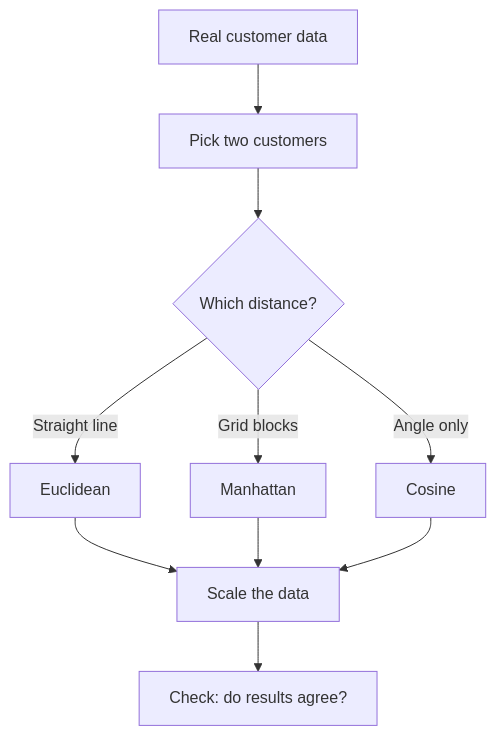
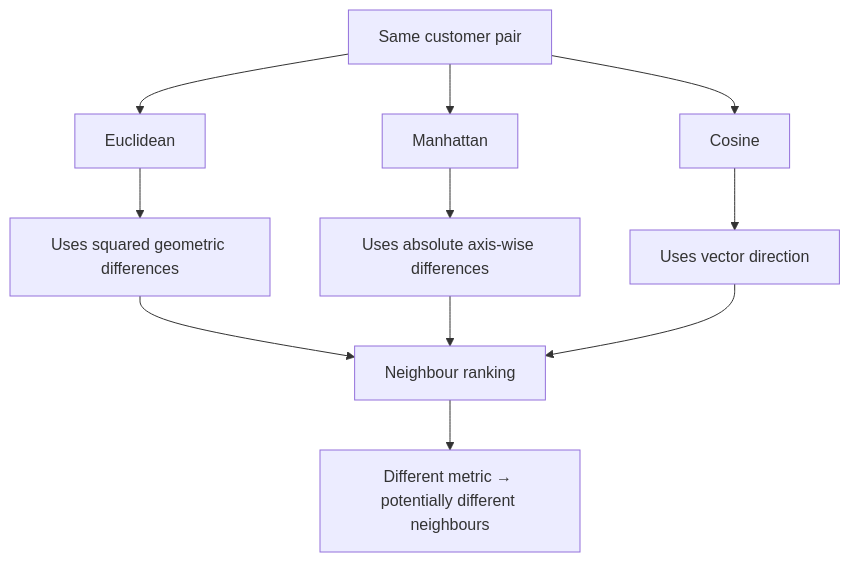
Before and after one commit to hiteshjangid-dev/INT396: the second of 2 diagrams in Practical-01-EDA-Similarity-Measures/README.md, drawn with Mermaid. The commit also changed other lines of this file, not shown here.

````diff
--- a/Practical-01-EDA-Similarity-Measures/README.md
+++ b/Practical-01-EDA-Similarity-Measures/README.md
@@ -52,12 +1103,16 @@
 ```mermaid
 flowchart TD
-    A[Real customer data] --> B[Pick two customers]
-    B --> C{Which distance?}
-    C -->|Straight line| D[Euclidean]
-    C -->|Grid blocks| E[Manhattan]
-    C -->|Angle only| F[Cosine]
-    D --> G[Scale the data]
-    E --> G
-    F --> G
-    G --> H[Check: do results agree?]
+    A["Same customer pair"] --> B["Euclidean"]
+    A --> C["Manhattan"]
+    A --> D["Cosine"]
+
+    B --> E["Uses squared geometric differences"]
+    C --> F["Uses absolute axis-wise differences"]
+    D --> G["Uses vector direction"]
+
+    E --> H["Neighbour ranking"]
+    F --> H
+    G --> H
+
+    H --> I["Different metric → potentially different neighbours"]
 ```
````
